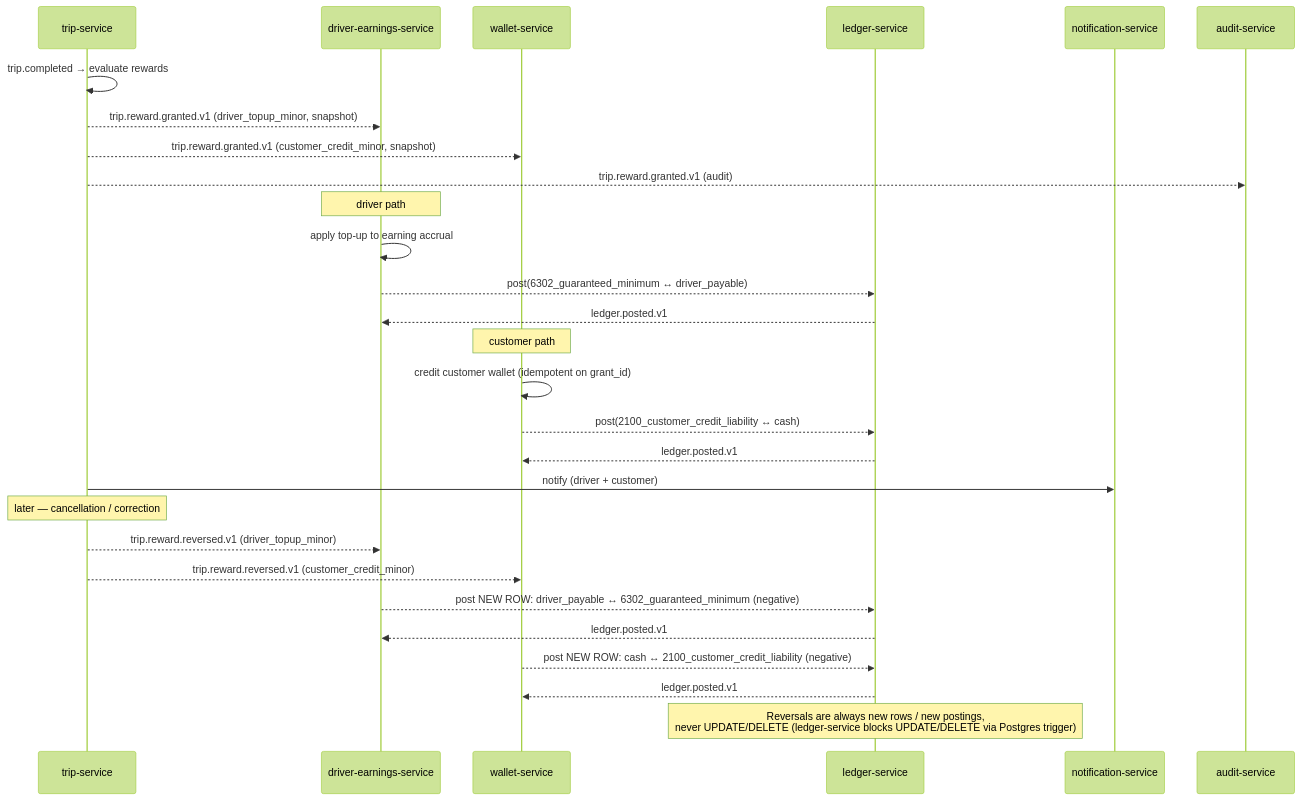
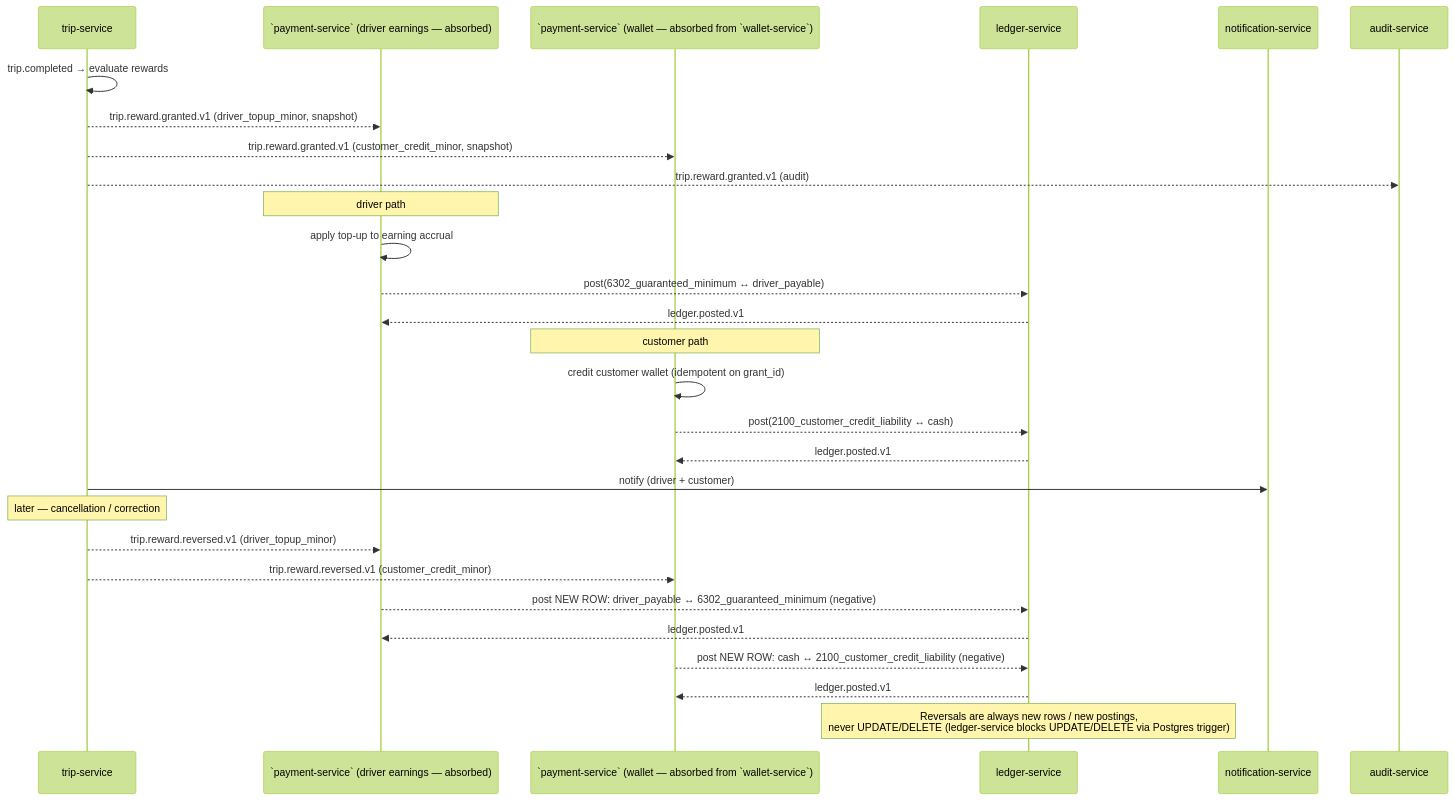
One commit to mohamedhabibwork/trips-enjoy-docs changed the fifth of 9 diagrams in docs/workflows/ACCOUNTING_WORKFLOWS.md. Above: the diagram before and after it, drawn with Mermaid (forest theme). The commit also changed other lines of this file and 525 other files, not shown here.

````diff
--- a/docs/workflows/ACCOUNTING_WORKFLOWS.md
+++ b/docs/workflows/ACCOUNTING_WORKFLOWS.md
@@ -248,35 +248,35 @@
 ```mermaid
 sequenceDiagram
     participant TR as trip-service
-    participant DE as driver-earnings-service
-    participant WLT as wallet-service
+    participant DE as `payment-service` (driver earnings — absorbed)
+    participant WLT as `payment-service` (wallet — absorbed from `wallet-service`)
     participant LD as ledger-service
     participant NOT as notification-service
     participant AUD as audit-service
 
     TR->>TR: trip.completed → evaluate rewards
     TR-->>DE: trip.reward.granted.v1 (driver_topup_minor, snapshot)
     TR-->>WLT: trip.reward.granted.v1 (customer_credit_minor, snapshot)
     TR-->>AUD: trip.reward.granted.v1 (audit)
 
     Note over DE: driver path
     DE->>DE: apply top-up to earning accrual
     DE-->>LD: post(6302_guaranteed_minimum ↔ driver_payable)
     LD-->>DE: ledger.posted.v1
 
     Note over WLT: customer path
     WLT->>WLT: credit customer wallet (idempotent on grant_id)
     WLT-->>LD: post(2100_customer_credit_liability ↔ cash)
     LD-->>WLT: ledger.posted.v1
 
     TR->>NOT: notify (driver + customer)
 
     Note over TR: later — cancellation / correction
     TR-->>DE: trip.reward.reversed.v1 (driver_topup_minor)
     TR-->>WLT: trip.reward.reversed.v1 (customer_credit_minor)
     DE-->>LD: post NEW ROW: driver_payable ↔ 6302_guaranteed_minimum (negative)
     LD-->>DE: ledger.posted.v1
     WLT-->>LD: post NEW ROW: cash ↔ 2100_customer_credit_liability (negative)
     LD-->>WLT: ledger.posted.v1
     Note over LD: Reversals are always new rows / new postings,<br/>never UPDATE/DELETE (ledger-service blocks UPDATE/DELETE via Postgres trigger)
 ```
````
